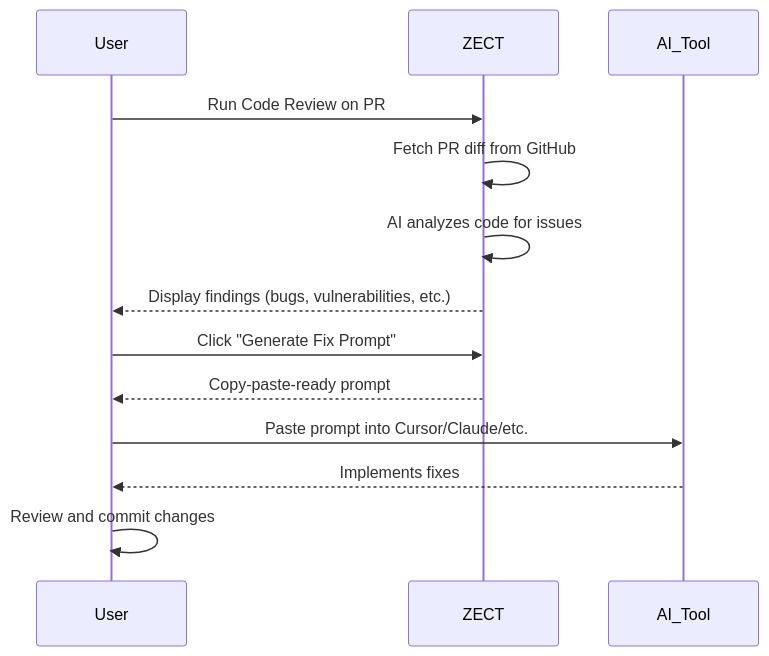
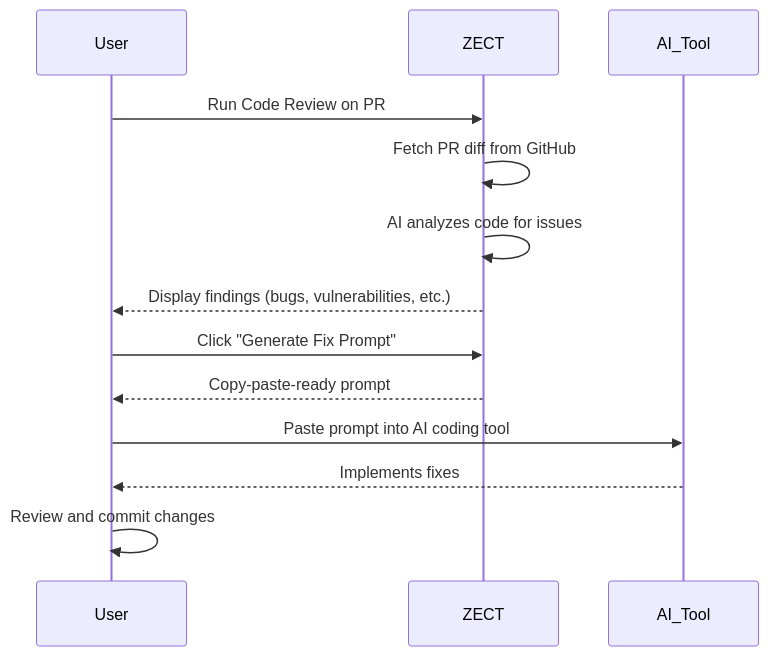
The first of 2 diagrams in docs/workflows/ADD_COMMIT_PROMPT_WORKFLOW.md (KarthikKaruppasamy880/ZECT), drawn with Mermaid before and after one commit. The commit also changed other lines of this file and 28 other files, not shown here.

First line of the commit message:
chore: remove ALL external tool references (Devin, CodeRabbit, Cursor, Windsurf, Codex, Claude Code) for 100% legal compliance

````diff
--- a/docs/workflows/ADD_COMMIT_PROMPT_WORKFLOW.md
+++ b/docs/workflows/ADD_COMMIT_PROMPT_WORKFLOW.md
@@ -127,16 +127,16 @@
 ```mermaid
 sequenceDiagram
     participant User
     participant ZECT
     participant AI_Tool
 
     User->>ZECT: Run Code Review on PR #10
     ZECT->>ZECT: Fetch PR diff from GitHub
     ZECT->>ZECT: AI analyzes code for issues
     ZECT-->>User: Display findings (bugs, vulnerabilities, etc.)
     User->>ZECT: Click "Generate Fix Prompt"
     ZECT-->>User: Copy-paste-ready prompt
-    User->>AI_Tool: Paste prompt into Cursor/Claude/etc.
+    User->>AI_Tool: Paste prompt into AI coding tool
     AI_Tool-->>User: Implements fixes
     User->>User: Review and commit changes
 ```
````
